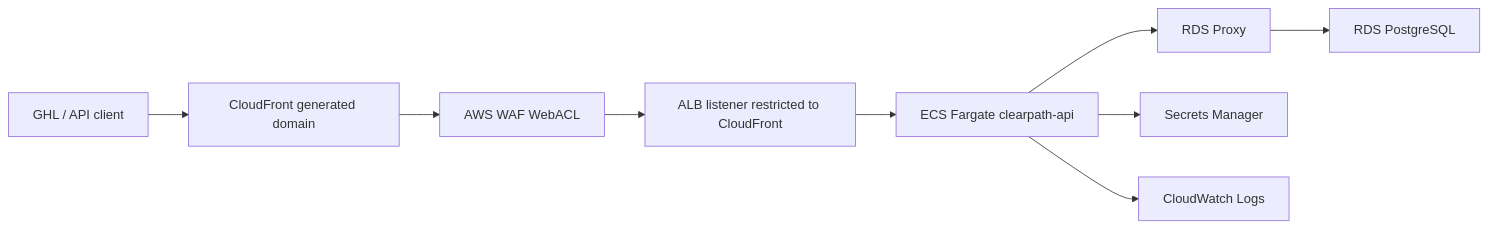
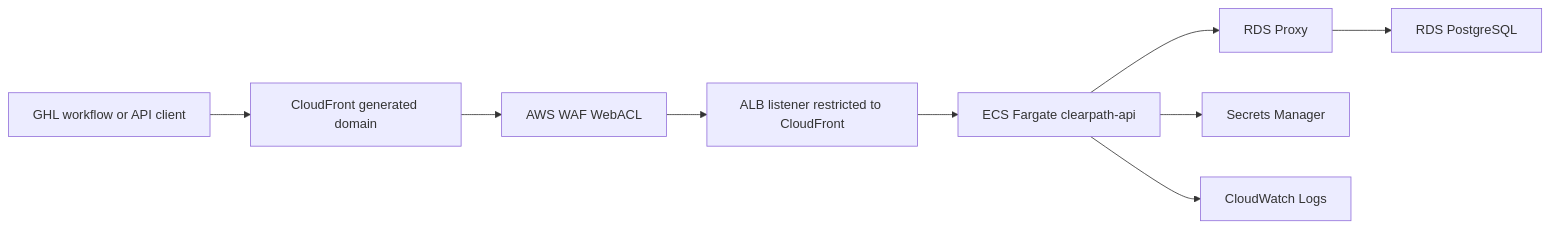
Before and after one commit to manynames3/clearpath-fargate-api: the diagram in README.md, drawn with Mermaid. The commit also changed other lines of this file and 6 other files, not shown here.

````diff
--- a/README.md
+++ b/README.md
@@ -160,11 +176,11 @@
 ```mermaid
 flowchart LR
-    client["GHL / API client"] --> cf["CloudFront generated domain"]
+    client["GHL workflow or API client"] --> cf["CloudFront generated domain"]
     cf --> waf["AWS WAF WebACL"]
     waf --> alb["ALB listener restricted to CloudFront"]
     alb --> ecs["ECS Fargate clearpath-api"]
     ecs --> proxy["RDS Proxy"]
     proxy --> db["RDS PostgreSQL"]
     ecs --> secrets["Secrets Manager"]
     ecs --> logs["CloudWatch Logs"]
 ```
````
